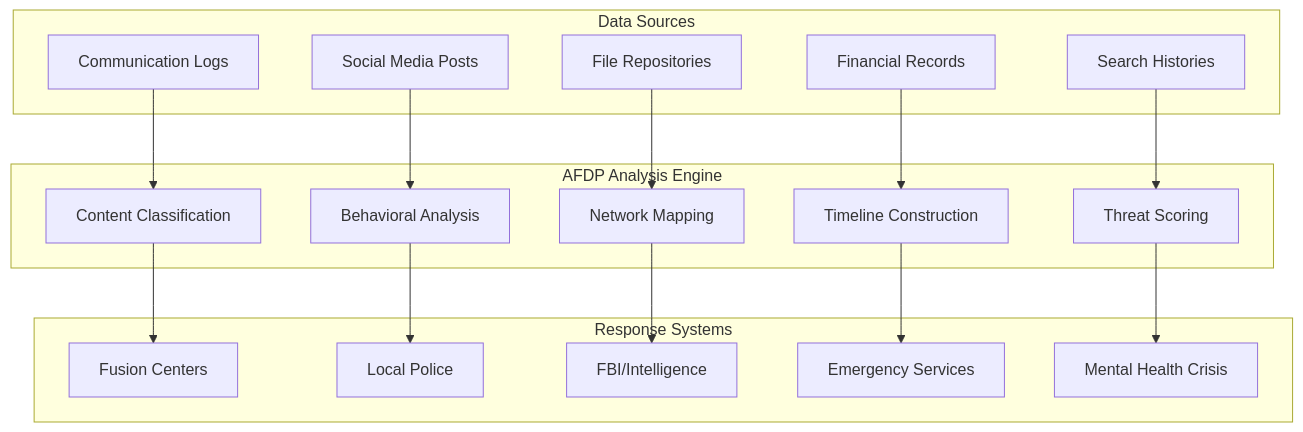
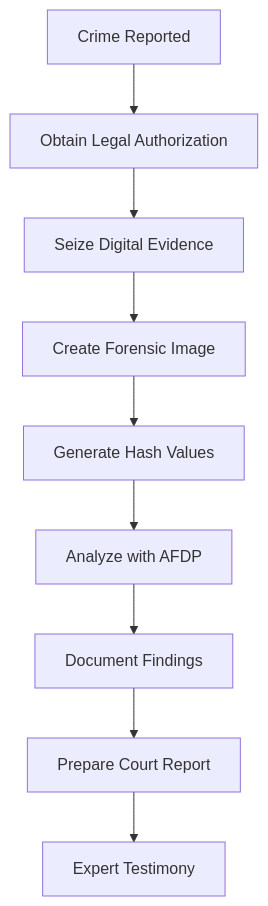
Before and after one commit to Caia-Tech/afdp: the diagram in PUBLIC-SAFETY-USAGE.md, drawn with Mermaid. The commit also changed other lines of this file and 6 other files, not shown here.

````diff
--- a/PUBLIC-SAFETY-USAGE.md
+++ b/PUBLIC-SAFETY-USAGE.md
@@ -50,38 +76,11 @@
 ```mermaid
-graph TB
-    subgraph "Data Sources"
-        A[Communication Logs]
-        B[Social Media Posts]
-        C[File Repositories]
-        D[Financial Records]
-        E[Search Histories]
-    end
-    
-    subgraph "AFDP Analysis Engine"
-        F[Content Classification]
-        G[Behavioral Analysis]
-        H[Network Mapping]
-        I[Timeline Construction]
-        J[Threat Scoring]
-    end
-    
-    subgraph "Response Systems"
-        K[Fusion Centers]
-        L[Local Police]
-        M[FBI/Intelligence]
-        N[Emergency Services]
-        O[Mental Health Crisis]
-    end
-    
-    A --> F
-    B --> G
-    C --> H
-    D --> I
-    E --> J
-    
-    F --> K
-    G --> L
-    H --> M
-    I --> N
-    J --> O
+graph TD
+    A[Crime Reported] --> B[Obtain Legal Authorization]
+    B --> C[Seize Digital Evidence]
+    C --> D[Create Forensic Image]
+    D --> E[Generate Hash Values]
+    E --> F[Analyze with AFDP]
+    F --> G[Document Findings]
+    G --> H[Prepare Court Report]
+    H --> I[Expert Testimony]
 ```
````
